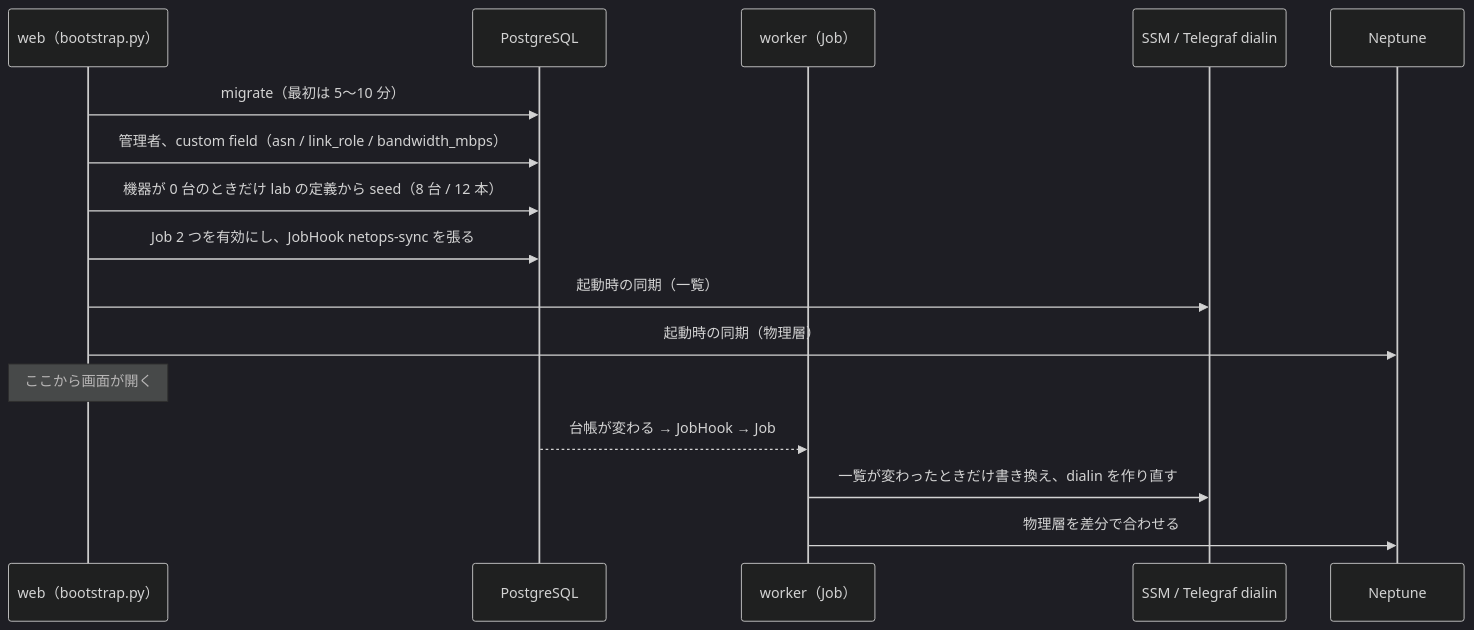
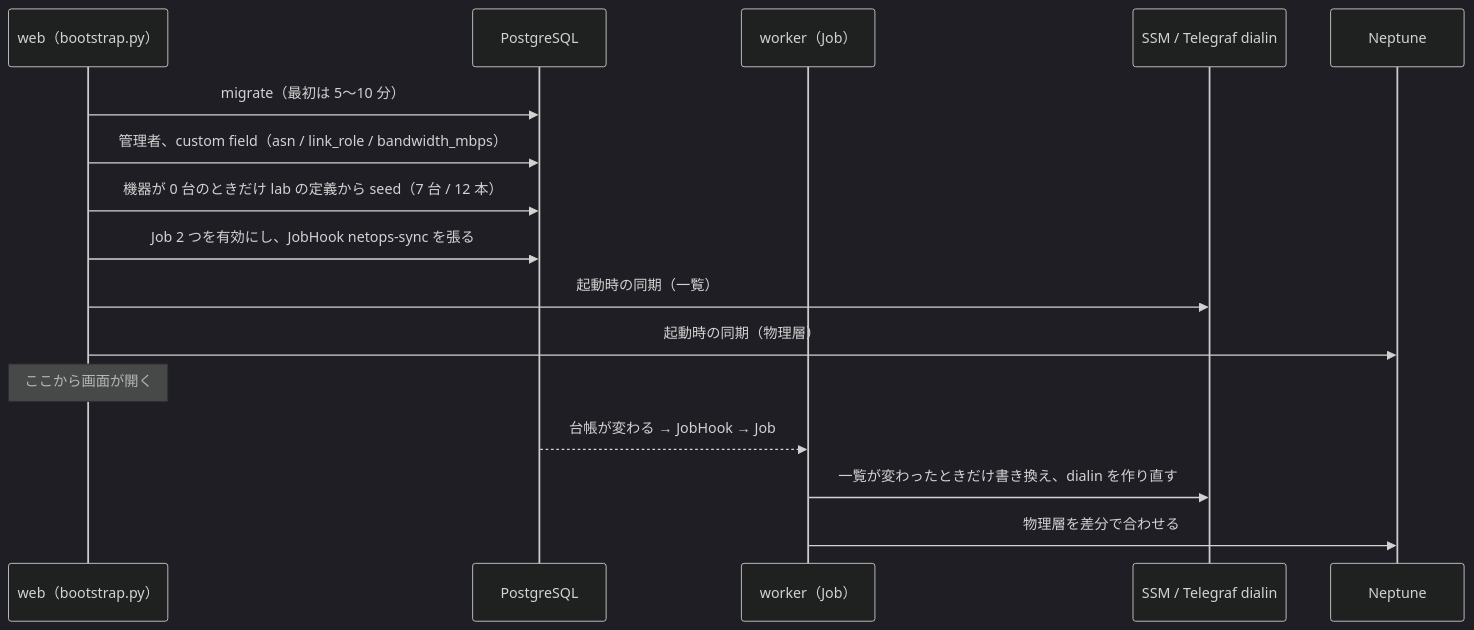
Before and after one commit to eddie-eights/nwc-poc: the second of 4 diagrams in docs/nautobot.md, drawn with Mermaid (dark theme). The commit also changed other lines of this file and 38 other files, not shown here.

````diff
--- a/docs/nautobot.md
+++ b/docs/nautobot.md
@@ -88,18 +88,18 @@
 ```mermaid
 sequenceDiagram
   participant W as web（bootstrap.py）
   participant D as PostgreSQL
   participant K as worker（Job）
   participant T as SSM / Telegraf dialin
   participant N as Neptune
   W->>D: migrate（最初は 5〜10 分）
   W->>D: 管理者、custom field（asn / link_role / bandwidth_mbps）
-  W->>D: 機器が 0 台のときだけ lab の定義から seed（8 台 / 12 本）
+  W->>D: 機器が 0 台のときだけ lab の定義から seed（7 台 / 12 本）
   W->>D: Job 2 つを有効にし、JobHook netops-sync を張る
   W->>T: 起動時の同期（一覧）
   W->>N: 起動時の同期（物理層）
   Note over W: ここから画面が開く
   D-->>K: 台帳が変わる → JobHook → Job
   K->>T: 一覧が変わったときだけ書き換え、dialin を作り直す
   K->>N: 物理層を差分で合わせる
 ```
````
